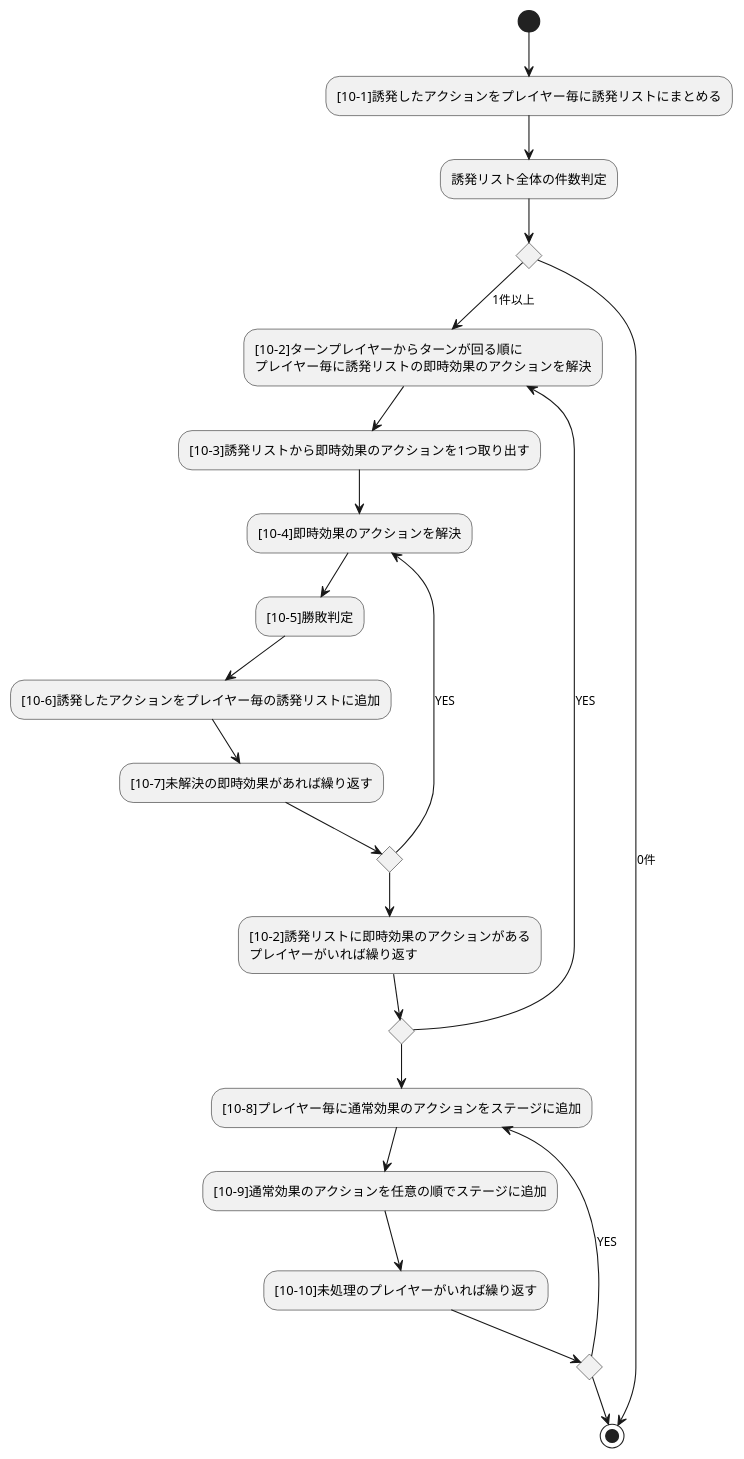
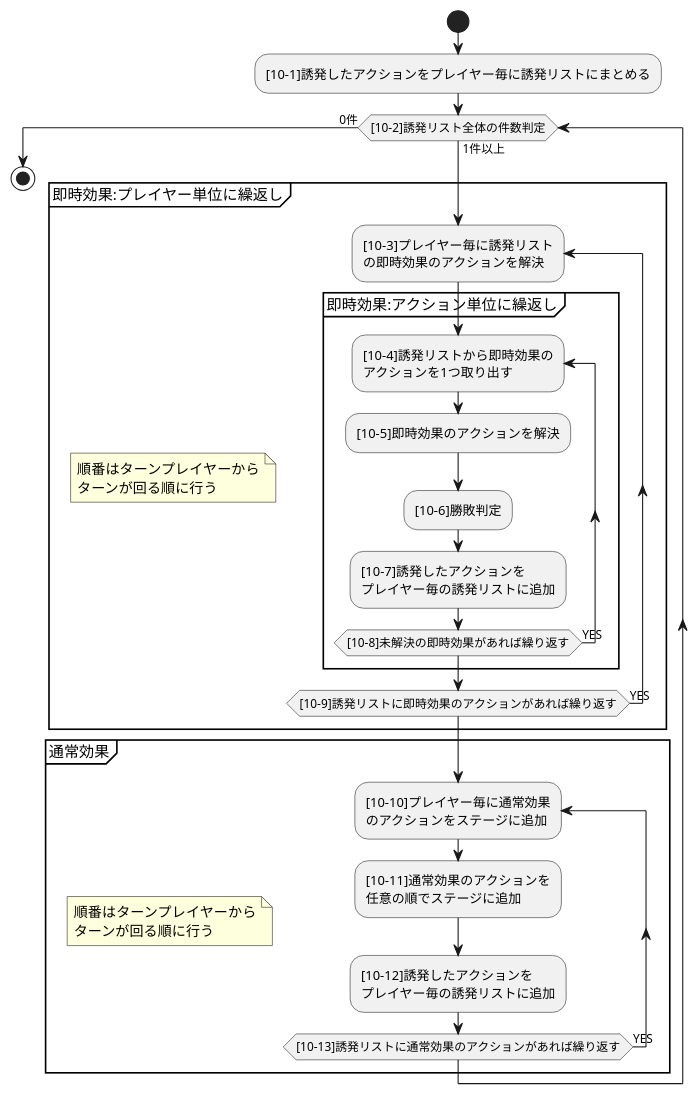
Before and after one commit to BlackPoker/BlackPoker: the diagram in source/core/triggerflow.puml, drawn with PlantUML.

Commit message:
千葉コメント反映

```diff
--- a/source/core/triggerflow.puml
+++ b/source/core/triggerflow.puml
@@ -1,34 +1,34 @@
 @startuml
-(*) --> "[10-1]誘発したアクションをプレイヤー毎に誘発リストにまとめる"
---> "誘発リスト全体の件数判定"
+start
+:[10-1]誘発したアクションをプレイヤー毎に誘発リストにまとめる;
+while([10-2]誘発リスト全体の件数判定) is (1件以上)
+    group 即時効果:プレイヤー単位に繰返し
+    note
+        順番はターンプレイヤーから
+        ターンが回る順に行う
+    end note
+    repeat :[10-3]プレイヤー毎に誘発リスト\nの即時効果のアクションを解決;
+        group 即時効果:アクション単位に繰返し
+        repeat :[10-4]誘発リストから即時効果の\nアクションを1つ取り出す;
+            :[10-5]即時効果のアクションを解決;
+            :[10-6]勝敗判定;
+            :[10-7]誘発したアクションを\nプレイヤー毎の誘発リストに追加;
+        repeat while ([10-8]未解決の即時効果があれば繰り返す) is (YES)
+        end group
+    repeat while([10-9]誘発リストに即時効果のアクションがあれば繰り返す) is (YES)
+    end group
 
-if "" then
-    -->[1件以上] "[10-2]ターンプレイヤーからターンが回る順に\nプレイヤー毎に誘発リストの即時効果のアクションを解決"
-    -->"[10-3]誘発リストから即時効果のアクションを1つ取り出す"
-    -->"[10-4]即時効果のアクションを解決"
-    -->"[10-5]勝敗判定"
-    -->"[10-6]誘発したアクションをプレイヤー毎の誘発リストに追加"
-    -->"[10-7]未解決の即時効果があれば繰り返す"
-    if "" then
-        -->[YES] "[10-4]即時効果のアクションを解決"
-    else
-        -->"[10-2]誘発リストに即時効果のアクションがある\nプレイヤーがいれば繰り返す"
-        if "" then
-            -->[YES] "[10-2]ターンプレイヤーからターンが回る順に\nプレイヤー毎に誘発リストの即時効果のアクションを解決"
-        else
-            -->"[10-8]プレイヤー毎に通常効果のアクションをステージに追加"
-            -->"[10-9]通常効果のアクションを任意の順でステージに追加"
-            -->"[10-10]未処理のプレイヤーがいれば繰り返す"
-            if "" then
-                -->[YES] "[10-8]プレイヤー毎に通常効果のアクションをステージに追加"
-            else
-                -->(*)
-            endif
-        endif
-    endif
+    group 通常効果
+    note
+        順番はターンプレイヤーから
+        ターンが回る順に行う
+    end note
+    repeat :[10-10]プレイヤー毎に通常効果\nのアクションをステージに追加;
+        :[10-11]通常効果のアクションを\n任意の順でステージに追加;
+        :[10-12]誘発したアクションを\nプレイヤー毎の誘発リストに追加;
+    repeat while ([10-13]誘発リストに通常効果のアクションがあれば繰り返す) is (YES)
+    end group
 
-else
-    -->[0件] (*)
-endif
-
+endwhile (0件)
+    stop
 @enduml
```
